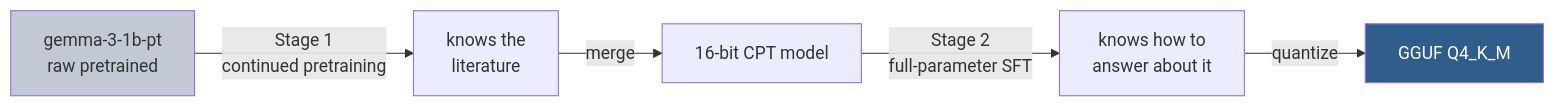
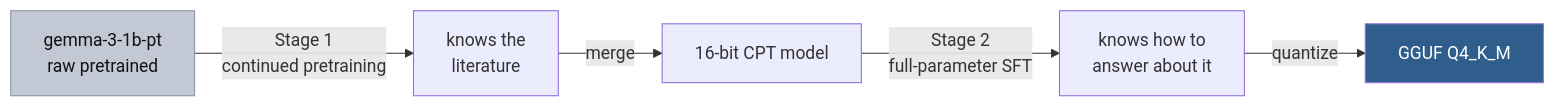
Before and after one commit to Otto-Destiny/mufasa: the tenth of 19 diagrams in README.md, drawn with Mermaid. The commit also changed other lines of this file, not shown here.

First line of the commit message:
docs: make the pale mermaid nodes readable on dark backgrounds

````diff
--- a/README.md
+++ b/README.md
@@ -343,9 +343,9 @@
 ```mermaid
 flowchart LR
     A["gemma-3-1b-pt<br/>raw pretrained"] -->|"Stage 1<br/>continued pretraining"| B["knows the<br/>literature"]
     B -->|"merge"| C["16-bit CPT model"]
     C -->|"Stage 2<br/>full-parameter SFT"| D["knows how to<br/>answer about it"]
     D -->|"quantize"| E["GGUF Q4_K_M"]
-    style A fill:#c3c9d4
+    style A fill:#c3c9d4,color:#111,stroke:#8d94a3
     style E fill:#2f5d8c,color:#fff
 ```
````
